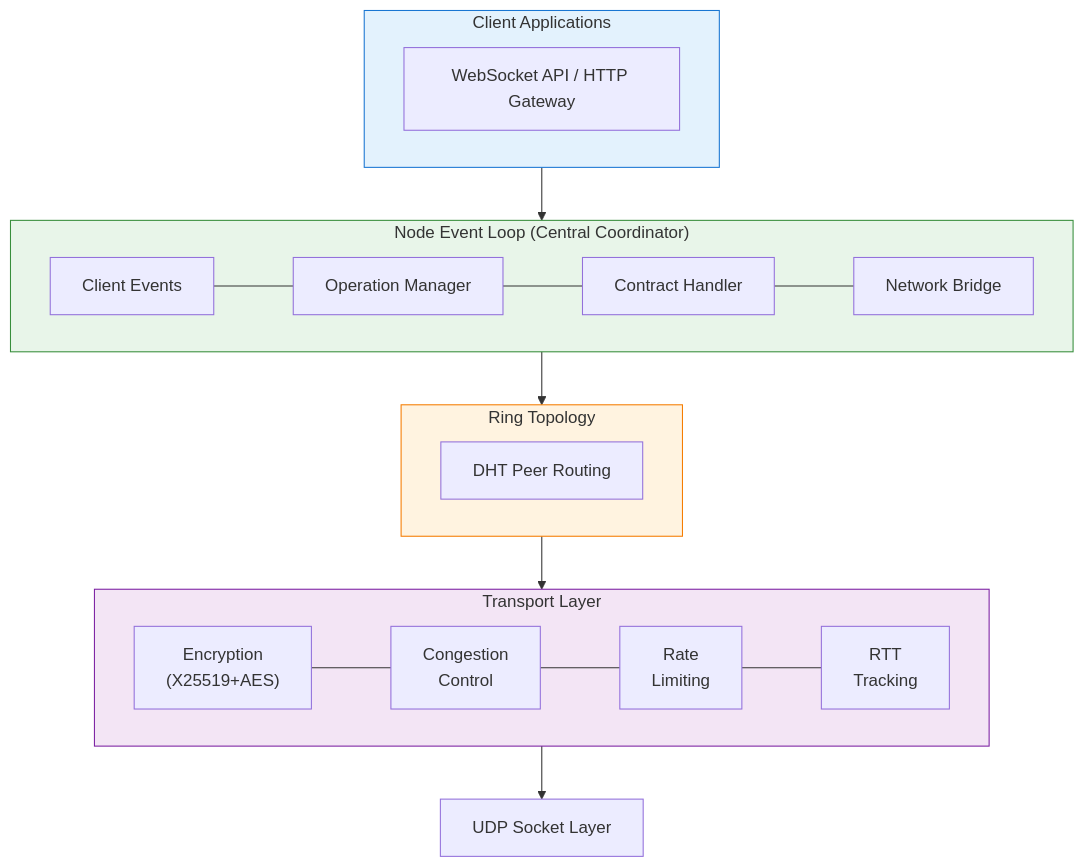
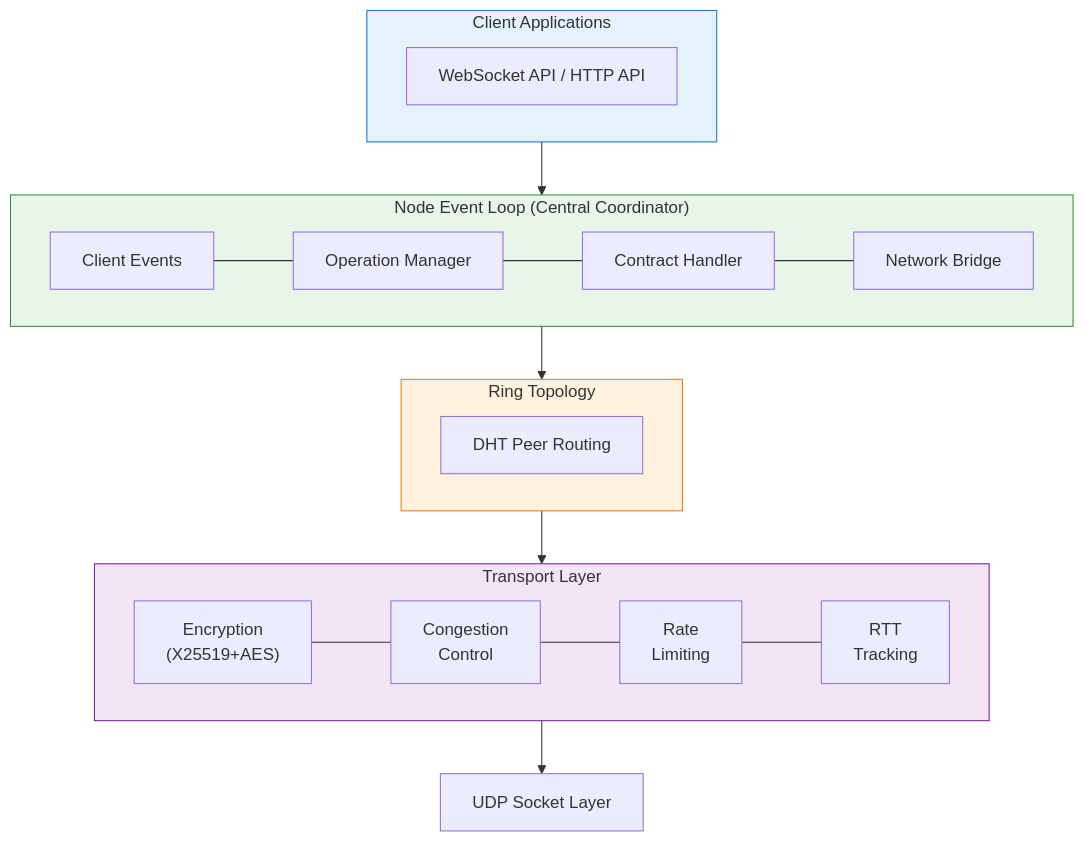
The diagram in docs/architecture/README.md (freenet/freenet-core), drawn with Mermaid before and after one commit. The commit also changed other lines of this file and 3 other files, not shown here.

````diff
--- a/docs/architecture/README.md
+++ b/docs/architecture/README.md
@@ -14,42 +14,42 @@
 ```mermaid
 flowchart TB
     subgraph Client["Client Applications"]
-        ClientAPI["WebSocket API / HTTP Gateway"]
+        ClientAPI["WebSocket API / HTTP API"]
     end
 
     subgraph NodeLoop["Node Event Loop (Central Coordinator)"]
         ClientEvents["Client Events"]
         OpManager["Operation Manager"]
         ContractHandler["Contract Handler"]
         NetworkBridge["Network Bridge"]
     end
 
     subgraph Ring["Ring Topology"]
         DHT["DHT Peer Routing"]
     end
 
     subgraph Transport["Transport Layer"]
         Encryption["Encryption<br/>(X25519+AES)"]
         Congestion["Congestion<br/>Control"]
         RateLimit["Rate<br/>Limiting"]
         RTT["RTT<br/>Tracking"]
     end
 
     UDP["UDP Socket Layer"]
 
     Client --> NodeLoop
     ClientEvents --- OpManager
     OpManager --- ContractHandler
     ContractHandler --- NetworkBridge
     NodeLoop --> Ring
     Ring --> Transport
     Encryption --- Congestion
     Congestion --- RateLimit
     RateLimit --- RTT
     Transport --> UDP
 
     style Client fill:#e3f2fd,stroke:#1976d2
     style NodeLoop fill:#e8f5e9,stroke:#388e3c
     style Ring fill:#fff3e0,stroke:#f57c00
     style Transport fill:#f3e5f5,stroke:#7b1fa2
 ```
````
